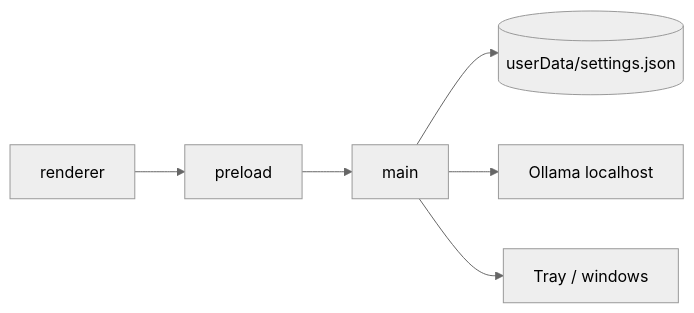
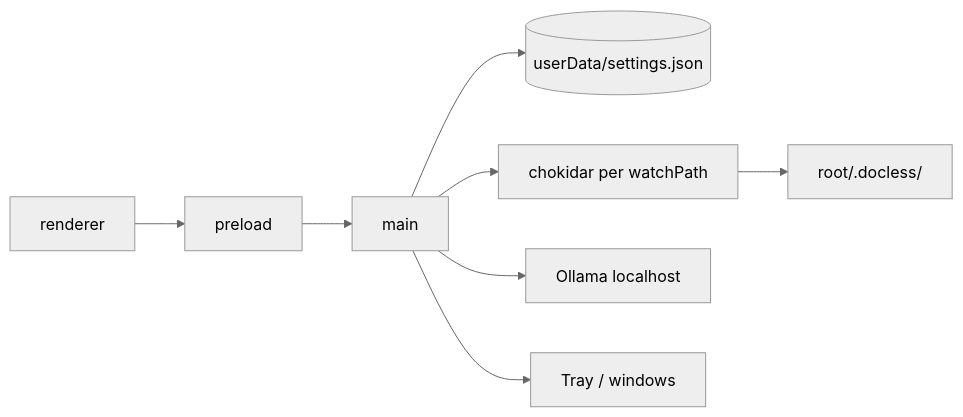
Before and after one commit to TheGoatedDev/Docless: the diagram in docs/architecture.md, drawn with Mermaid (neutral theme). The commit also changed other lines of this file and 9 other files, not shown here.

First line of the commit message:
feat: watch folders with chokidar and ensure .docless

````diff
--- a/docs/architecture.md
+++ b/docs/architecture.md
@@ -23,7 +23,9 @@
 ```mermaid
 flowchart LR
   renderer --> preload --> main
   main --> settings[(userData/settings.json)]
+  main --> watch[chokidar per watchPath]
+  watch --> docless["root/.docless/"]
   main --> ollama[Ollama localhost]
   main --> tray[Tray / windows]
 ```
````
